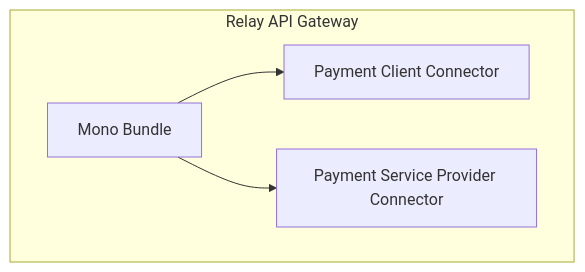
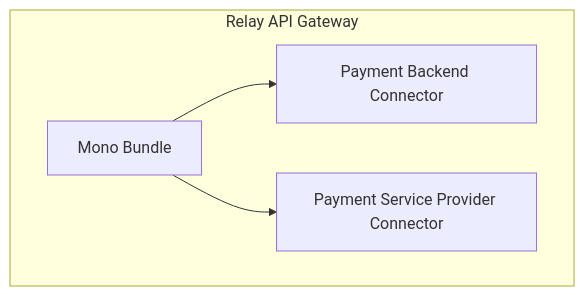
Before and after one commit to digital-blueprint/relay-mono-bundle: the diagram in docs/README.md, drawn with Mermaid. The commit also changed other lines of this file and 3 other files, not shown here.

````diff
--- a/docs/README.md
+++ b/docs/README.md
@@ -5,11 +5,11 @@
 ```mermaid
 flowchart TB
     subgraph Relay API Gateway
         mono_bundle["Mono Bundle"]
-        mono_payment_client_bundle["Payment Client Connector"]
+        mono_payment_backend_bundle["Payment Backend Connector"]
         mono_payment_service_provider_bundle["Payment Service Provider Connector"]
     end
 
-    mono_bundle --> mono_payment_client_bundle
+    mono_bundle --> mono_payment_backend_bundle
     mono_bundle --> mono_payment_service_provider_bundle
 ```
````
